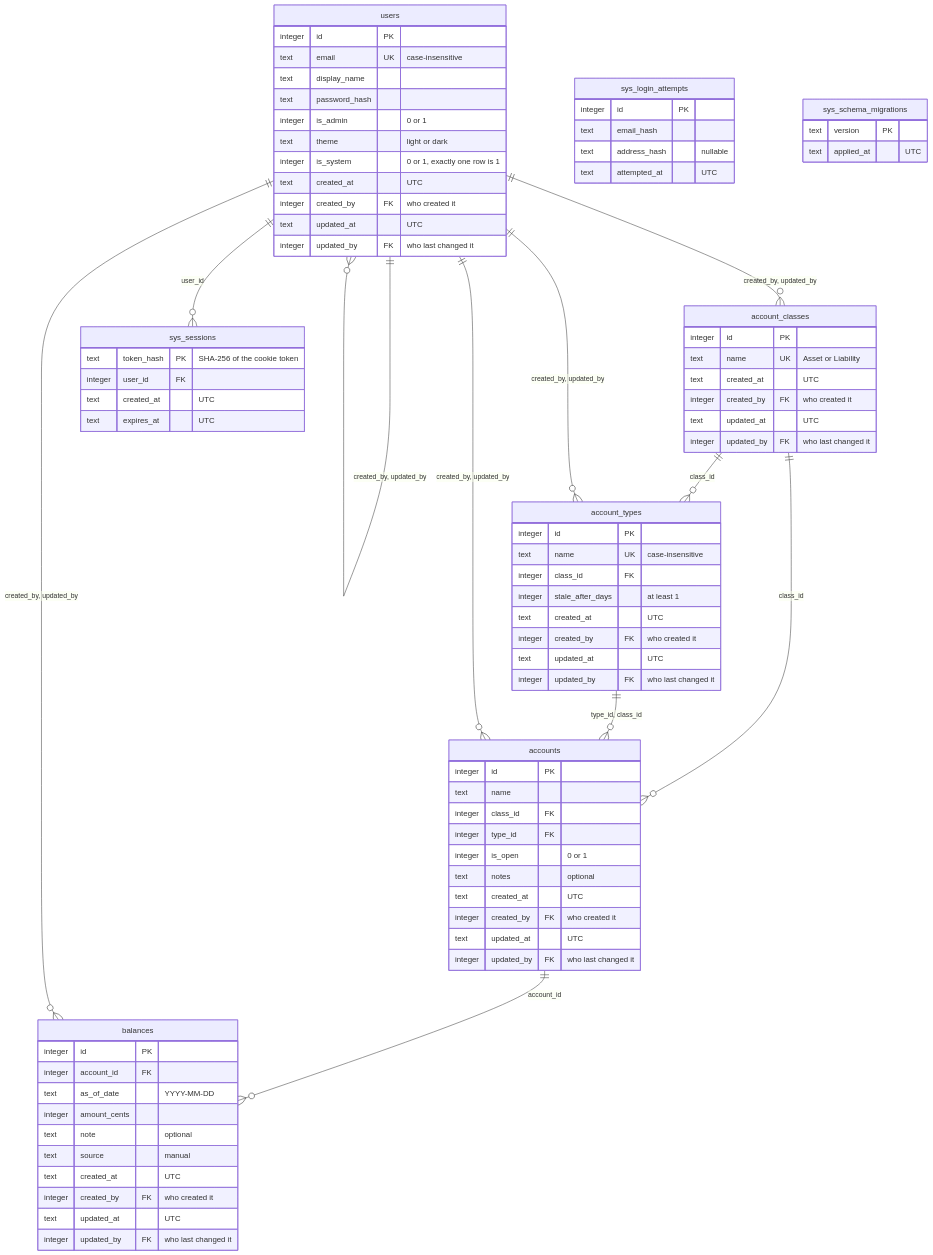
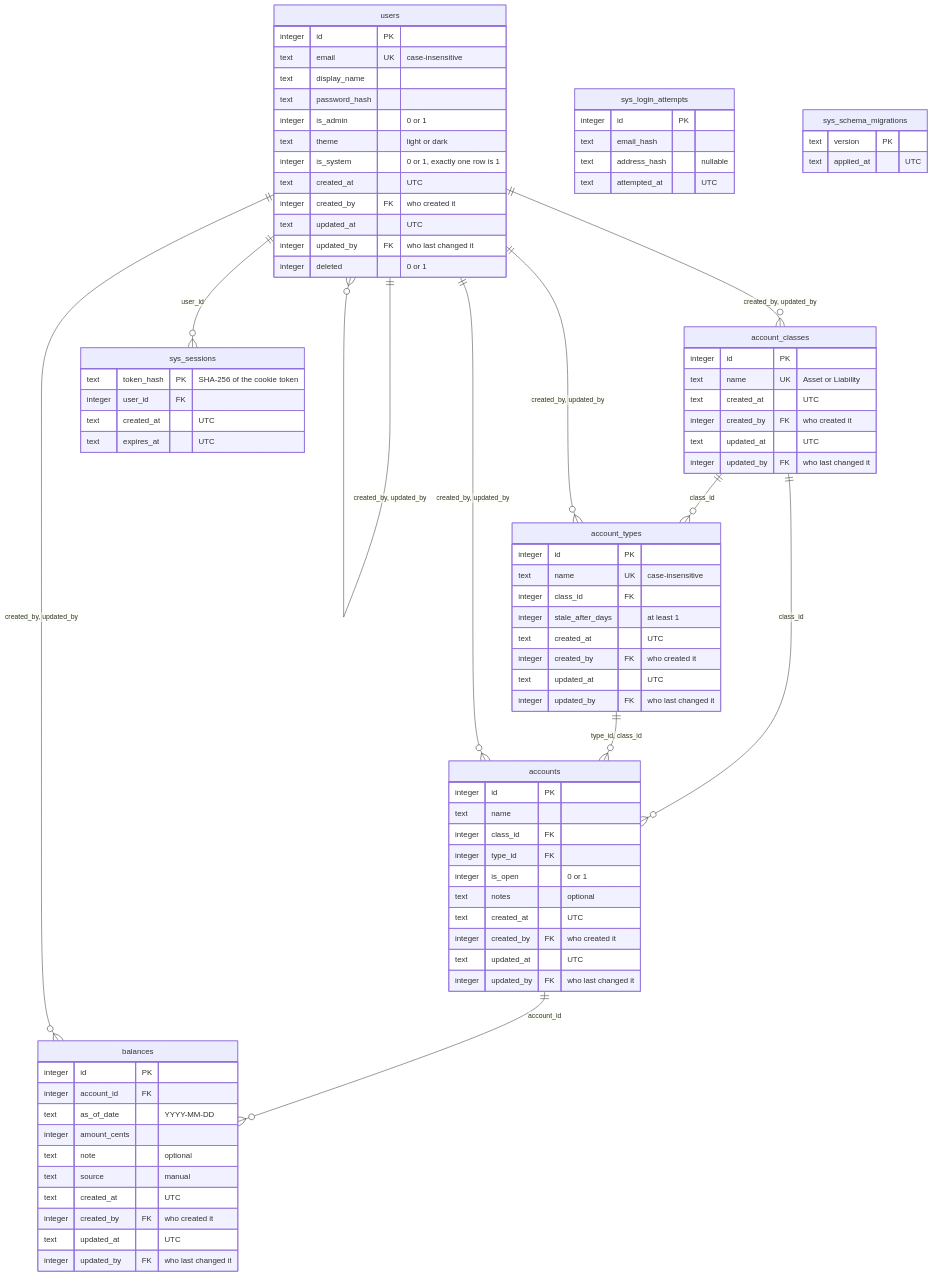
One commit to declankenny/northstar changed the diagram in docs/schema.md. Above: the diagram before and after it, drawn with Mermaid. The commit also changed other lines of this file and 13 other files, not shown here.

```diff
--- a/docs/schema.md
+++ b/docs/schema.md
@@ -69,6 +69,7 @@
         integer created_by FK "who created it"
         text updated_at "UTC"
         integer updated_by FK "who last changed it"
+        integer deleted "0 or 1"
     }
     sys_sessions {
         text token_hash PK "SHA-256 of the cookie token"
```
